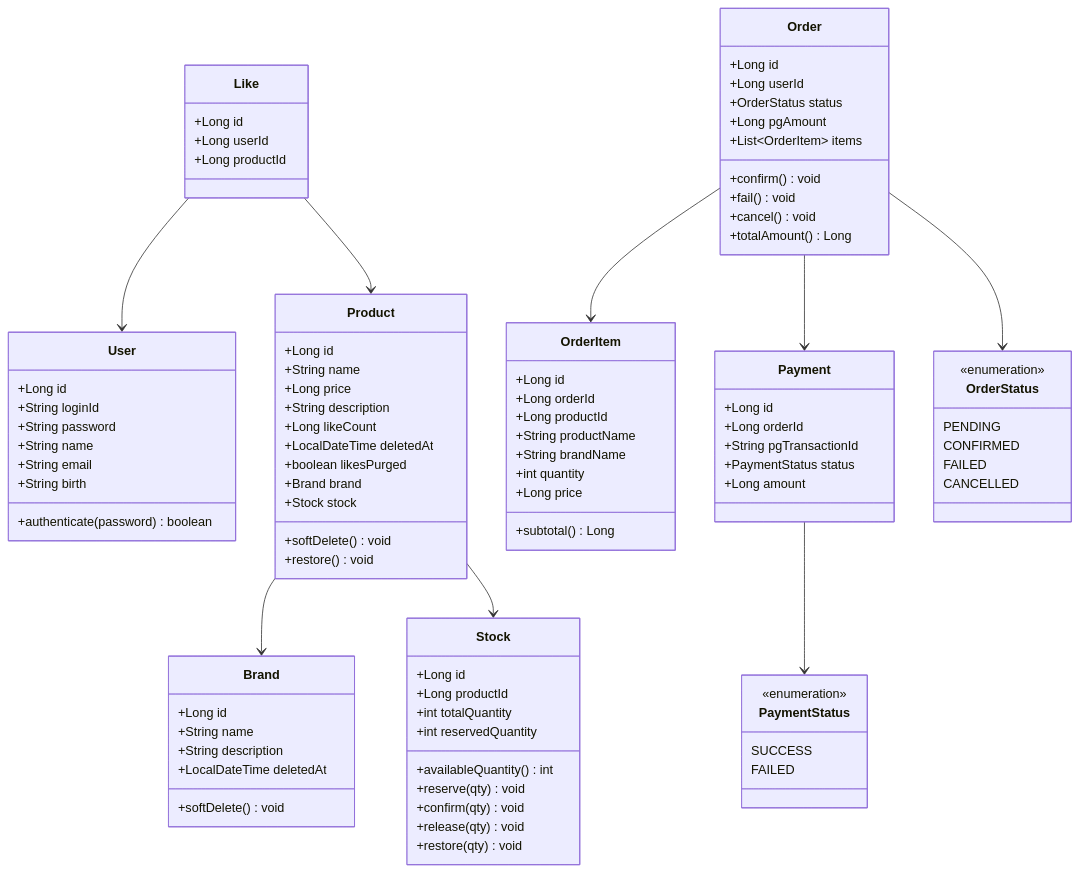
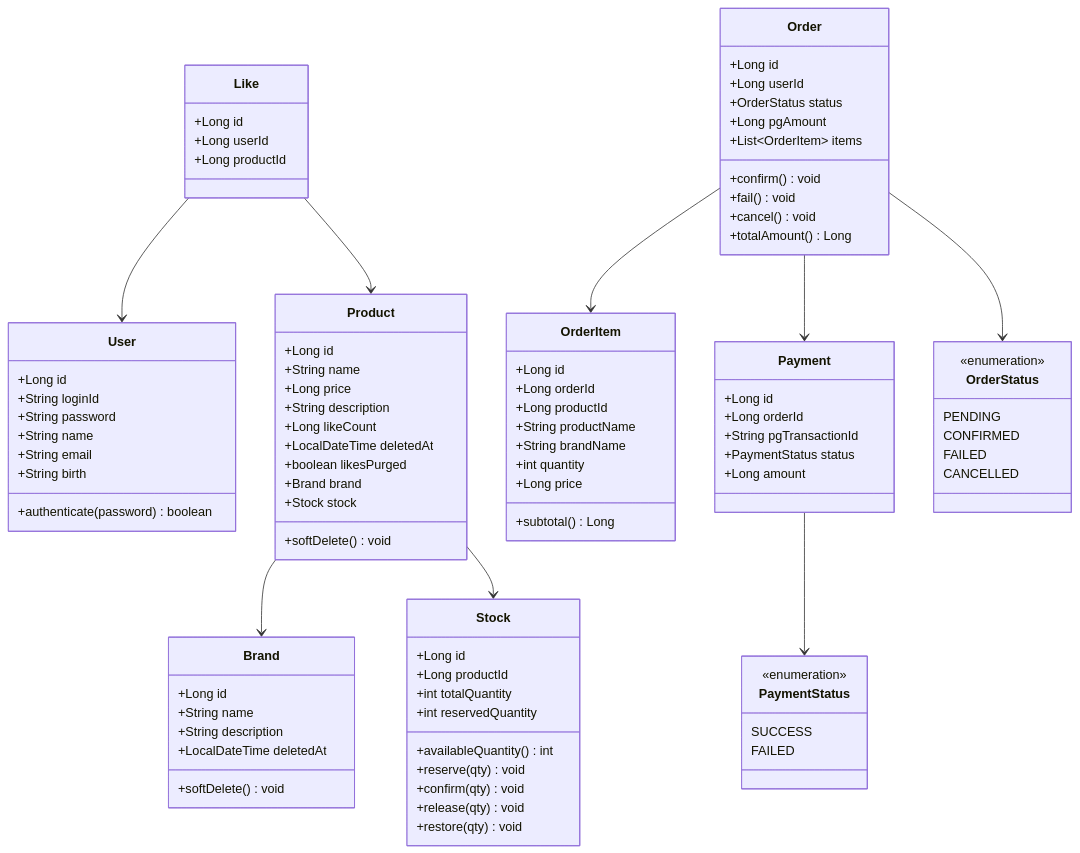
One commit to loopers-labs/loop-pack-be-l2-vol4-java changed the diagram in .docs/design/03-class-diagram.md. Above: the diagram before and after it, drawn with Mermaid.

Commit message:
docs: 클래스 다이어그램에서 호출처 없는 restore() 제거
복구 API가 요구사항(01)에 없어 Brand/Product의 restore() 메서드는
호출처가 없는 상태였다. 향후 복구 API를 설계할 때 메서드와 함께
도입하는 것이 문서 정직성에 맞다고 판단해 제거한다.
소프트 딜리트(deleted_at)로 데이터는 보존되므로 복구 가능성은 유지된다.

```diff
--- a/.docs/design/03-class-diagram.md
+++ b/.docs/design/03-class-diagram.md
@@ -37,7 +37,6 @@
         +Brand brand
         +Stock stock
         +softDelete() void
-        +restore() void
     }
 
     class Stock {
```
